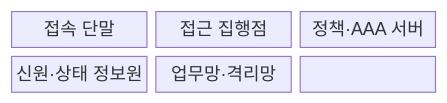
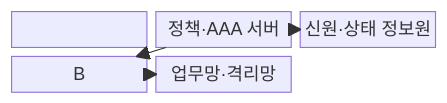
One commit to agnusdei1207/knowledge-base changed the first of 2 diagrams in src/content/docs/notes/04-network/114_network_access_control.md. Above: the diagram before and after it, drawn with Mermaid. The commit also changed other lines of this file and 16 other files, not shown here.

````diff
--- a/src/content/docs/notes/04-network/114_network_access_control.md
+++ b/src/content/docs/notes/04-network/114_network_access_control.md
@@ -56,11 +56,8 @@
 ```mermaid
-block-beta
+block
   columns 3
-  A["접속 단말"]
-  B["접근 집행점"]
-  C["정책·AAA 서버"]
-  D["신원·상태 정보원"]
-  E["업무망·격리망"]
-    A --- B --- C
-    C --- D --- E
+  A["접속 단말"] --> B["접근 집행점"] --> C["정책·AAA 서버"]
+  D["신원·상태 정보원"] --> C
+  C --> B
+  B --> E["업무망·격리망"]
 ```
````
